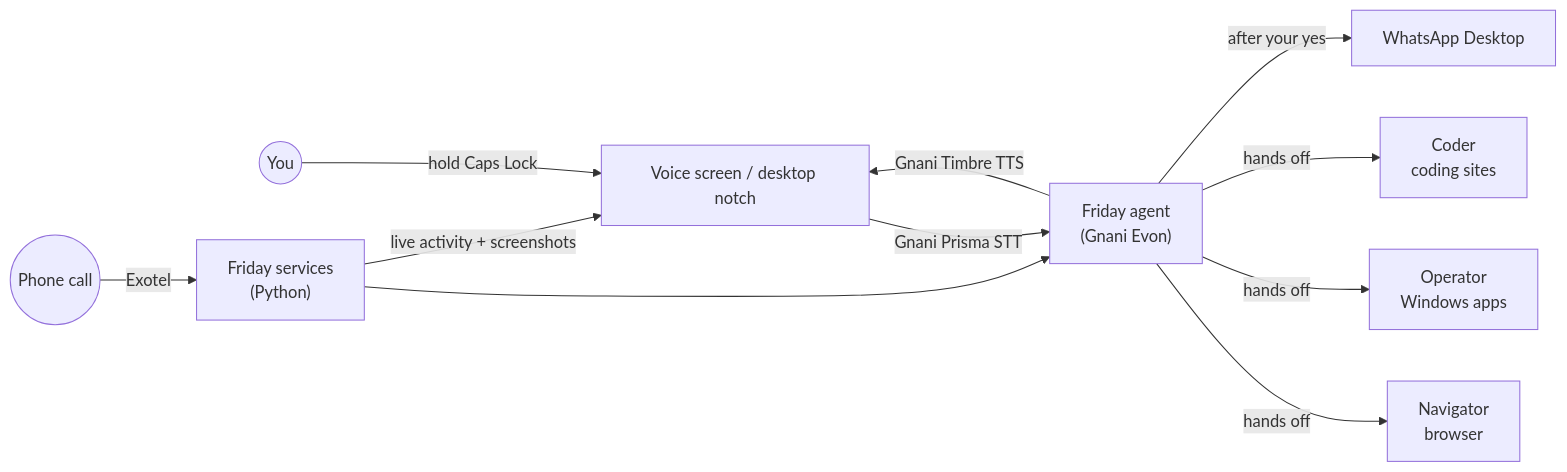
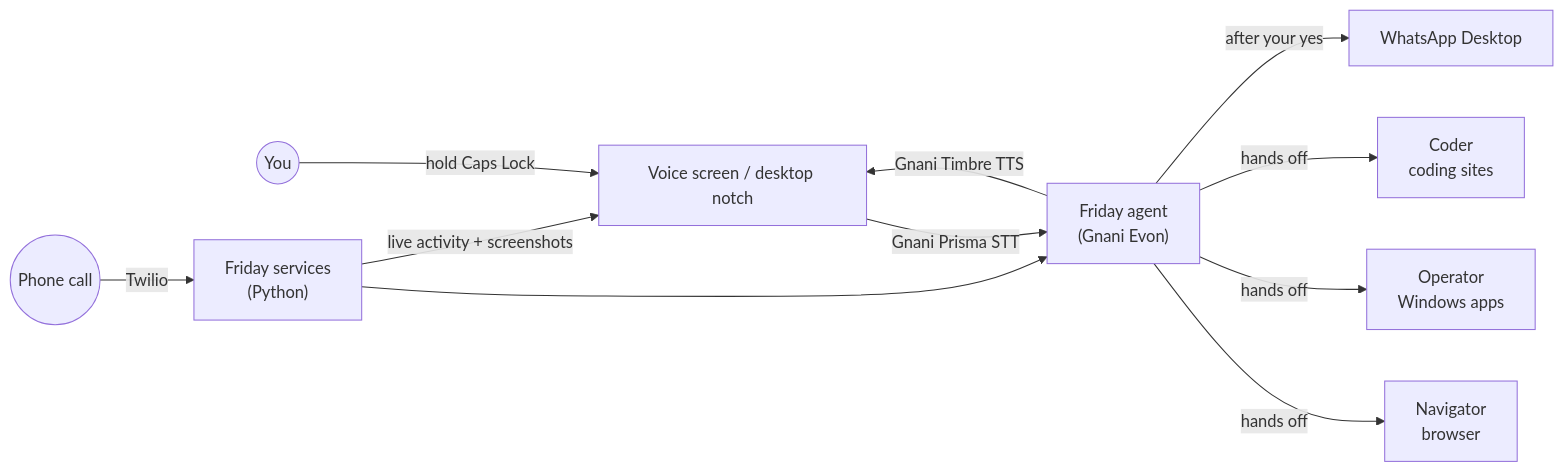
Before and after one commit to prem-2006/Friday-AI: the diagram in README.md, drawn with Mermaid. The commit also changed other lines of this file and 21 other files, not shown here.

First line of the commit message:
Only Friday on the phone: Sarvam and Inya are gone, calls run on Friday's own pipeline

````diff
--- a/README.md
+++ b/README.md
@@ -35,13 +35,13 @@
 ```mermaid
 flowchart LR
   You((You)) -- hold Caps Lock --> Stage["Voice screen / desktop notch"]
   Stage -- Gnani Prisma STT --> Friday["Friday agent<br/>(Gnani Evon)"]
   Friday -- Gnani Timbre TTS --> Stage
   Friday -- hands off --> Navigator["Navigator<br/>browser"]
   Friday -- hands off --> Operator["Operator<br/>Windows apps"]
   Friday -- hands off --> Coder["Coder<br/>coding sites"]
   Friday -- after your yes --> WA["WhatsApp Desktop"]
-  Phone((Phone call)) -- Exotel --> Services["Friday services<br/>(Python)"]
+  Phone((Phone call)) -- Twilio --> Services["Friday services<br/>(Python)"]
   Services --> Friday
   Services -- live activity + screenshots --> Stage
 ```
````
